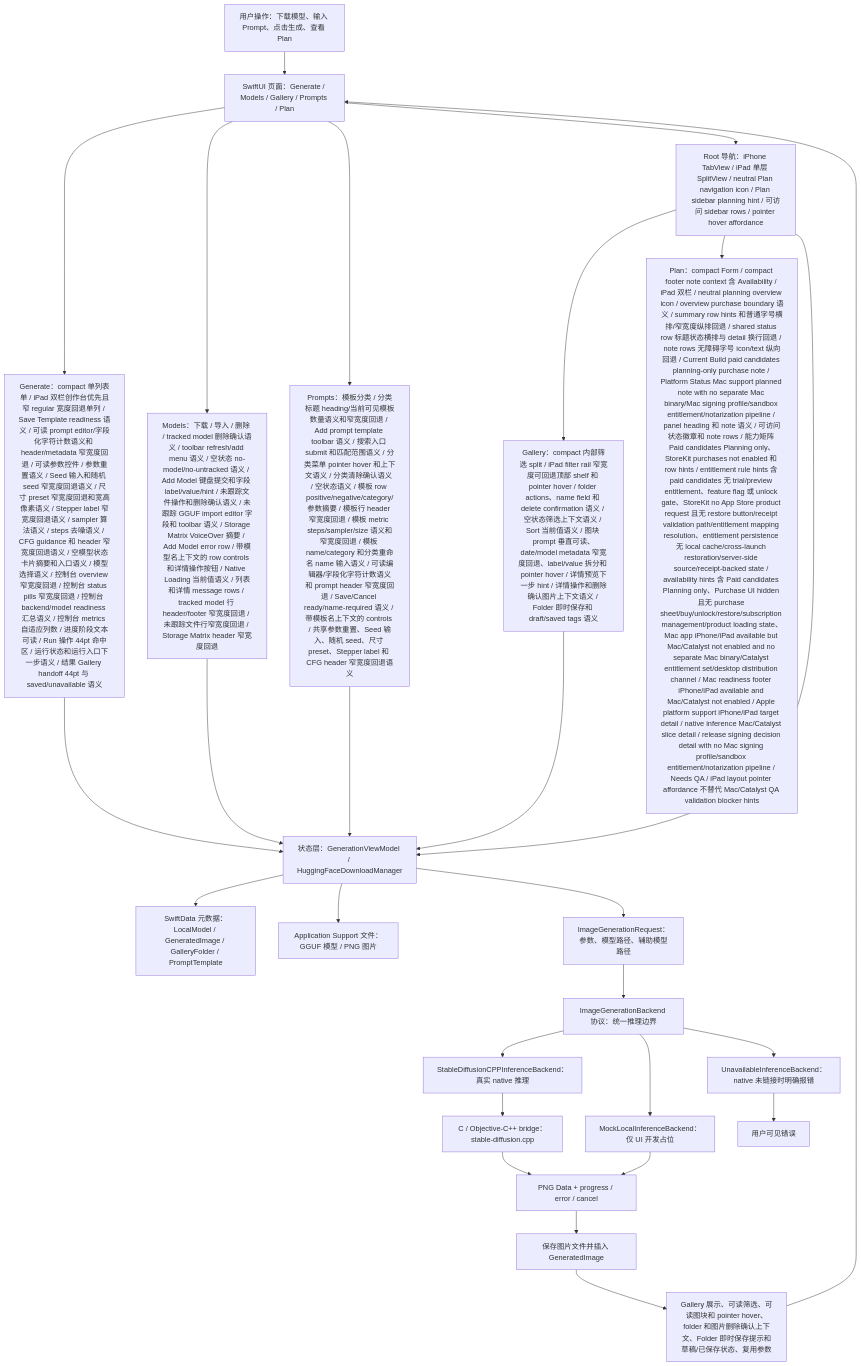
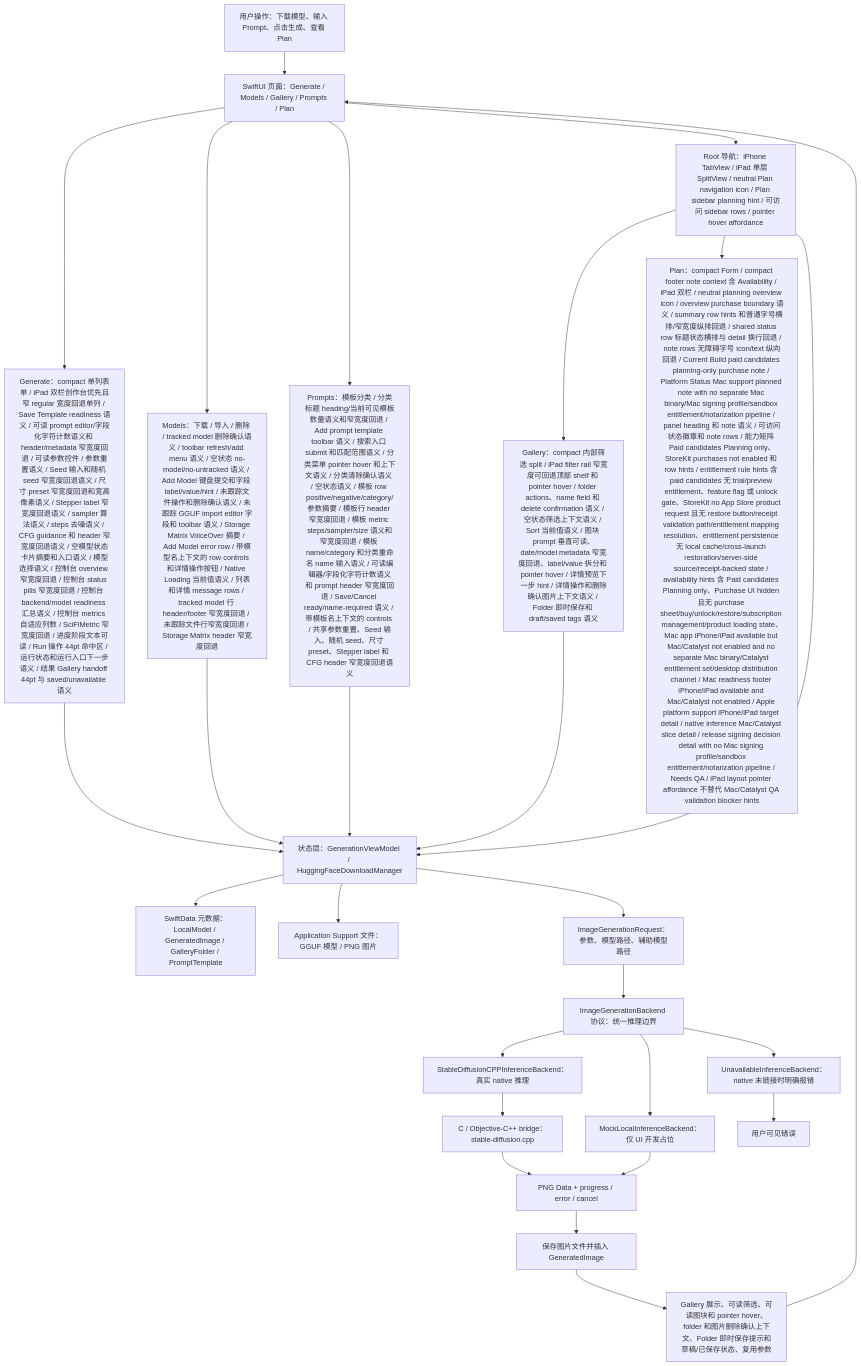
The first of 7 diagrams in md/flow/flowchart.md (Altman-sam114/118), drawn with Mermaid before and after one commit. The commit also changed 5 other files, not shown here.

First line of the commit message:
v1.147: SciFi metric fallback

````diff
--- a/md/flow/flowchart.md
+++ b/md/flow/flowchart.md
@@ -9,29 +9,29 @@
 ```mermaid
 flowchart TD
   U["用户操作：下载模型、输入 Prompt、点击生成、查看 Plan"] --> UI["SwiftUI 页面：Generate / Models / Gallery / Prompts / Plan"]
-  UI --> GENUI["Generate：compact 单列表单 / iPad 双栏创作台优先且窄 regular 宽度回退单列 / Save Template readiness 语义 / 可读 prompt editor/字段化字符计数语义和 header/metadata 窄宽度回退 / 可读参数控件 / 参数重置语义 / Seed 输入和随机 seed 窄宽度回退语义 / 尺寸 preset 窄宽度回退和宽高像素语义 / Stepper label 窄宽度回退语义 / sampler 算法语义 / steps 去噪语义 / CFG guidance 和 header 窄宽度回退语义 / 空模型状态卡片摘要和入口语义 / 模型选择语义 / 控制台 overview 窄宽度回退 / 控制台 status pills 窄宽度回退 / 控制台 backend/model readiness 汇总语义 / 控制台 metrics 自适应列数 / 进度阶段文本可读 / Run 操作 44pt 命中区 / 运行状态和运行入口下一步语义 / 结果 Gallery handoff 44pt 与 saved/unavailable 语义"]
+  UI --> GENUI["Generate：compact 单列表单 / iPad 双栏创作台优先且窄 regular 宽度回退单列 / Save Template readiness 语义 / 可读 prompt editor/字段化字符计数语义和 header/metadata 窄宽度回退 / 可读参数控件 / 参数重置语义 / Seed 输入和随机 seed 窄宽度回退语义 / 尺寸 preset 窄宽度回退和宽高像素语义 / Stepper label 窄宽度回退语义 / sampler 算法语义 / steps 去噪语义 / CFG guidance 和 header 窄宽度回退语义 / 空模型状态卡片摘要和入口语义 / 模型选择语义 / 控制台 overview 窄宽度回退 / 控制台 status pills 窄宽度回退 / 控制台 backend/model readiness 汇总语义 / 控制台 metrics 自适应列数 / SciFiMetric 窄宽度回退 / 进度阶段文本可读 / Run 操作 44pt 命中区 / 运行状态和运行入口下一步语义 / 结果 Gallery handoff 44pt 与 saved/unavailable 语义"]
   UI --> MODELUI["Models：下载 / 导入 / 删除 / tracked model 删除确认语义 / toolbar refresh/add menu 语义 / 空状态 no-model/no-untracked 语义 / Add Model 键盘提交和字段 label/value/hint / 未跟踪文件操作和删除确认语义 / 未跟踪 GGUF import editor 字段和 toolbar 语义 / Storage Matrix VoiceOver 摘要 / Add Model error row / 带模型名上下文的 row controls 和详情操作按钮 / Native Loading 当前值语义 / 列表和详情 message rows / tracked model 行 header/footer 窄宽度回退 / 未跟踪文件行窄宽度回退 / Storage Matrix header 窄宽度回退"]
   UI --> PROMPTUI["Prompts：模板分类 / 分类标题 heading/当前可见模板数量语义和窄宽度回退 / Add prompt template toolbar 语义 / 搜索入口 submit 和匹配范围语义 / 分类菜单 pointer hover 和上下文语义 / 分类清除确认语义 / 空状态语义 / 模板 row positive/negative/category/参数摘要 / 模板行 header 窄宽度回退 / 模板 metric steps/sampler/size 语义和窄宽度回退 / 模板 name/category 和分类重命名 name 输入语义 / 可读编辑器/字段化字符计数语义和 prompt header 窄宽度回退 / Save/Cancel ready/name-required 语义 / 带模板名上下文的 controls / 共享参数重置、Seed 输入、随机 seed、尺寸 preset、Stepper label 和 CFG header 窄宽度回退语义"]
   UI --> NAV["Root 导航：iPhone TabView / iPad 单层 SplitView / neutral Plan navigation icon / Plan sidebar planning hint / 可访问 sidebar rows / pointer hover affordance"]
   NAV --> GALUI["Gallery：compact 内部筛选 split / iPad filter rail 窄宽度可回退顶部 shelf 和 pointer hover / folder actions、name field 和 delete confirmation 语义 / 空状态筛选上下文语义 / Sort 当前值语义 / 图块 prompt 垂直可读、date/model metadata 窄宽度回退、label/value 拆分和 pointer hover / 详情预览下一步 hint / 详情操作和删除确认图片上下文语义 / Folder 即时保存和 draft/saved tags 语义"]
   NAV --> PLANUI["Plan：compact Form / compact footer note context 含 Availability / iPad 双栏 / neutral planning overview icon / overview purchase boundary 语义 / summary row hints 和普通字号横排/窄宽度纵排回退 / shared status row 标题状态横排与 detail 换行回退 / note rows 无障碍字号 icon/text 纵向回退 / Current Build paid candidates planning-only purchase note / Platform Status Mac support planned note with no separate Mac binary/Mac signing profile/sandbox entitlement/notarization pipeline / panel heading 和 note 语义 / 可访问状态徽章和 note rows / 能力矩阵 Paid candidates Planning only、StoreKit purchases not enabled 和 row hints / entitlement rule hints 含 paid candidates 无 trial/preview entitlement、feature flag 或 unlock gate、StoreKit no App Store product request 且无 restore button/receipt validation path/entitlement mapping resolution、entitlement persistence 无 local cache/cross-launch restoration/server-side source/receipt-backed state / availability hints 含 Paid candidates Planning only、Purchase UI hidden 且无 purchase sheet/buy/unlock/restore/subscription management/product loading state、Mac app iPhone/iPad available but Mac/Catalyst not enabled and no separate Mac binary/Catalyst entitlement set/desktop distribution channel / Mac readiness footer iPhone/iPad available and Mac/Catalyst not enabled / Apple platform support iPhone/iPad target detail / native inference Mac/Catalyst slice detail / release signing decision detail with no Mac signing profile/sandbox entitlement/notarization pipeline / Needs QA / iPad layout pointer affordance 不替代 Mac/Catalyst QA validation blocker hints"]
   NAV --> VM["状态层：GenerationViewModel / HuggingFaceDownloadManager"]
   GENUI --> VM
   MODELUI --> VM
   PROMPTUI --> VM
   GALUI --> VM
   VM --> SD["SwiftData 元数据：LocalModel / GeneratedImage / GalleryFolder / PromptTemplate"]
   VM --> FS["Application Support 文件：GGUF 模型 / PNG 图片"]
   VM --> REQ["ImageGenerationRequest：参数、模型路径、辅助模型路径"]
   REQ --> IFACE["ImageGenerationBackend 协议：统一推理边界"]
   IFACE --> NATIVE["StableDiffusionCPPInferenceBackend：真实 native 推理"]
   IFACE --> MOCK["MockLocalInferenceBackend：仅 UI 开发占位"]
   IFACE --> OFF["UnavailableInferenceBackend：native 未链接时明确报错"]
   NATIVE --> BRIDGE["C / Objective-C++ bridge：stable-diffusion.cpp"]
   BRIDGE --> PNG["PNG Data + progress / error / cancel"]
   MOCK --> PNG
   OFF --> ERR["用户可见错误"]
   PNG --> SAVE["保存图片文件并插入 GeneratedImage"]
   SAVE --> GALLERY["Gallery 展示、可读筛选、可读图块和 pointer hover、folder 和图片删除确认上下文、Folder 即时保存提示和草稿/已保存状态、复用参数"]
   GALLERY --> UI
 ```
````
